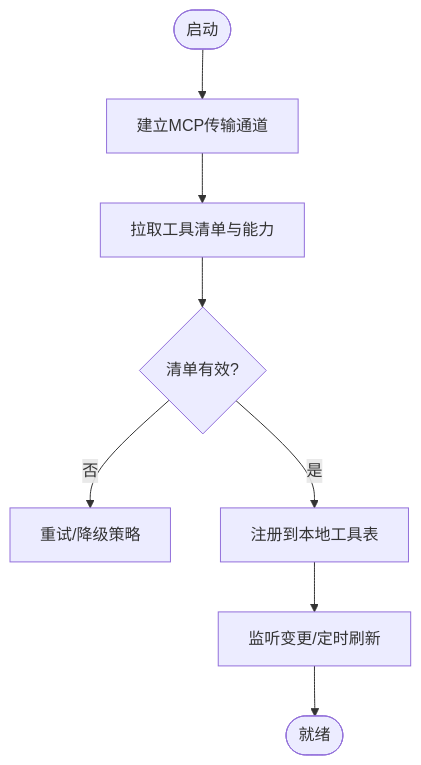
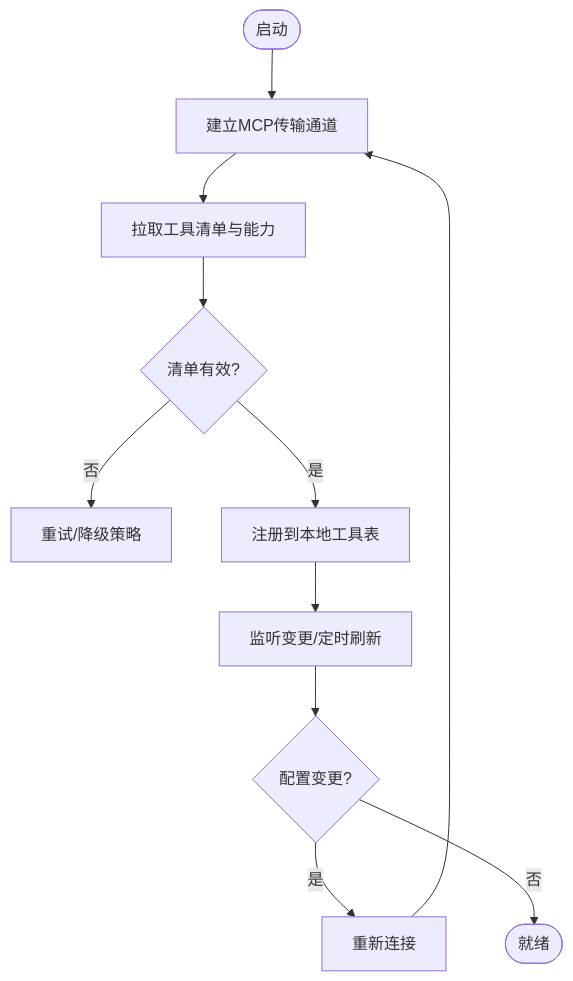
Before and after one commit to kkutysllb/KCoder: the third of 11 diagrams in .qoder/repowiki/zh/content/适配器层/MCP工具适配器.md, drawn with Mermaid. The commit also changed other lines of this file and 11 other files, not shown here.

````diff
--- a/.qoder/repowiki/zh/content/适配器层/MCP工具适配器.md
+++ b/.qoder/repowiki/zh/content/适配器层/MCP工具适配器.md
@@ -162,10 +195,13 @@
 ```mermaid
 flowchart TD
 Start(["启动"]) --> Connect["建立MCP传输通道"]
 Connect --> Fetch["拉取工具清单与能力"]
 Fetch --> Validate{"清单有效?"}
 Validate -- "否" --> Retry["重试/降级策略"]
 Validate -- "是" --> Register["注册到本地工具表"]
 Register --> Watch["监听变更/定时刷新"]
-Watch --> End(["就绪"])
+Watch --> ConfigChange{"配置变更?"}
+ConfigChange -- "是" --> Reconnect["重新连接"]
+ConfigChange -- "否" --> End(["就绪"])
+Reconnect --> Connect
 ```
````
